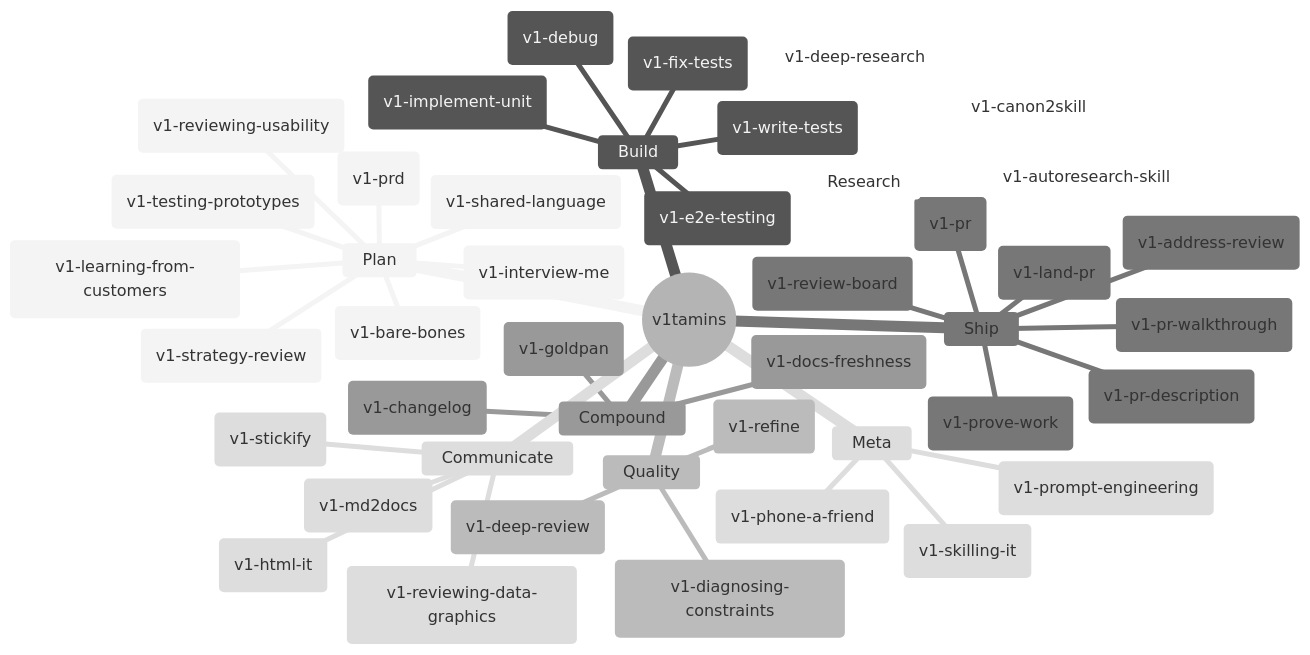
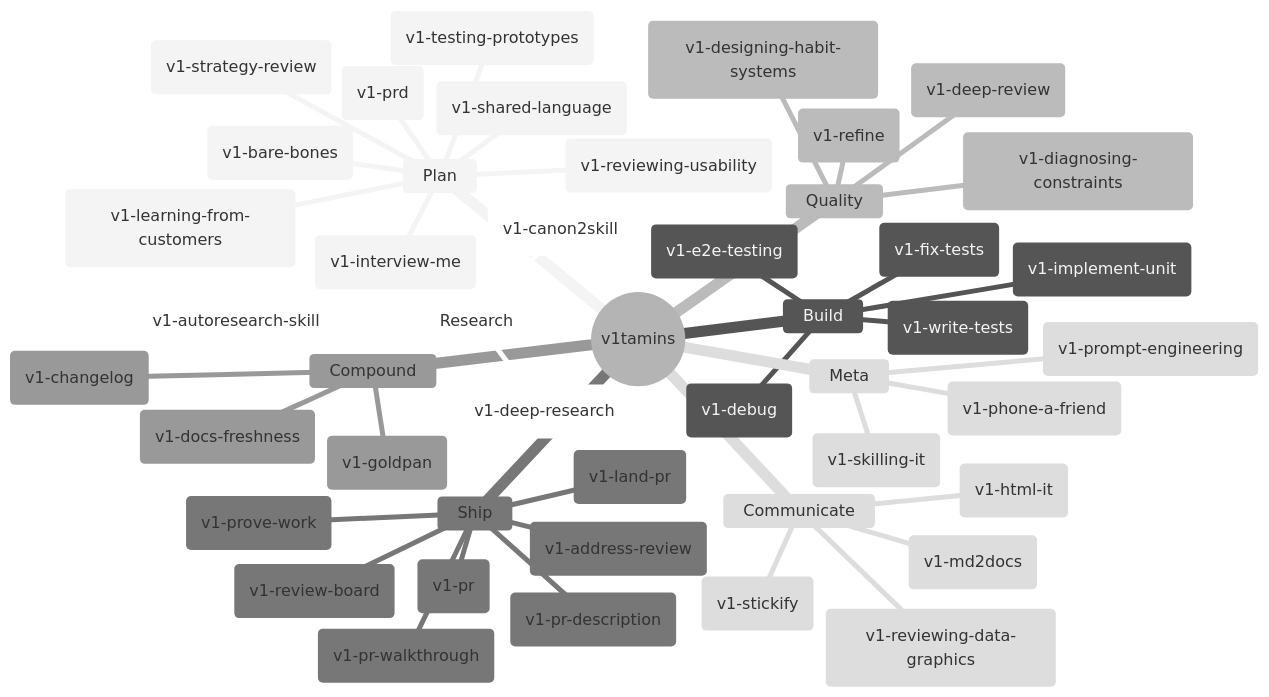
Before and after one commit to v1-io/v1tamins: the first of 7 diagrams in README.md, drawn with Mermaid (neutral theme). The commit also changed other lines of this file and 70 other files, not shown here.

````diff
--- a/README.md
+++ b/README.md
@@ -115,48 +130,49 @@
 ```mermaid
 mindmap
   root((v1tamins))
     Plan
       ("v1-interview-me")
       ("v1-strategy-review")
       ("v1-bare-bones")
       ("v1-shared-language")
       ("v1-prd")
       ("v1-learning-from-customers")
       ("v1-testing-prototypes")
       ("v1-reviewing-usability")
     Build
       ("v1-implement-unit")
       ("v1-debug")
       ("v1-fix-tests")
       ("v1-write-tests")
       ("v1-e2e-testing")
     Quality
       ("v1-refine")
       ("v1-deep-review")
       ("v1-diagnosing-constraints")
+      ("v1-designing-habit-systems")
     Ship
       ("v1-pr")
       ("v1-pr-description")
       ("v1-land-pr")
       ("v1-pr-walkthrough")
       ("v1-address-review")
       ("v1-review-board")
       ("v1-prove-work")
     Compound
       ("v1-goldpan")
       ("v1-docs-freshness")
       ("v1-changelog")
     Communicate
       ("v1-stickify")
       ("v1-md2docs")
       ("v1-html-it")
       ("v1-reviewing-data-graphics")
     Research
       ("v1-deep-research")
       ("v1-autoresearch-skill")
       ("v1-canon2skill")
     Meta
       ("v1-phone-a-friend")
       ("v1-skilling-it")
       ("v1-prompt-engineering")
 ```
````
